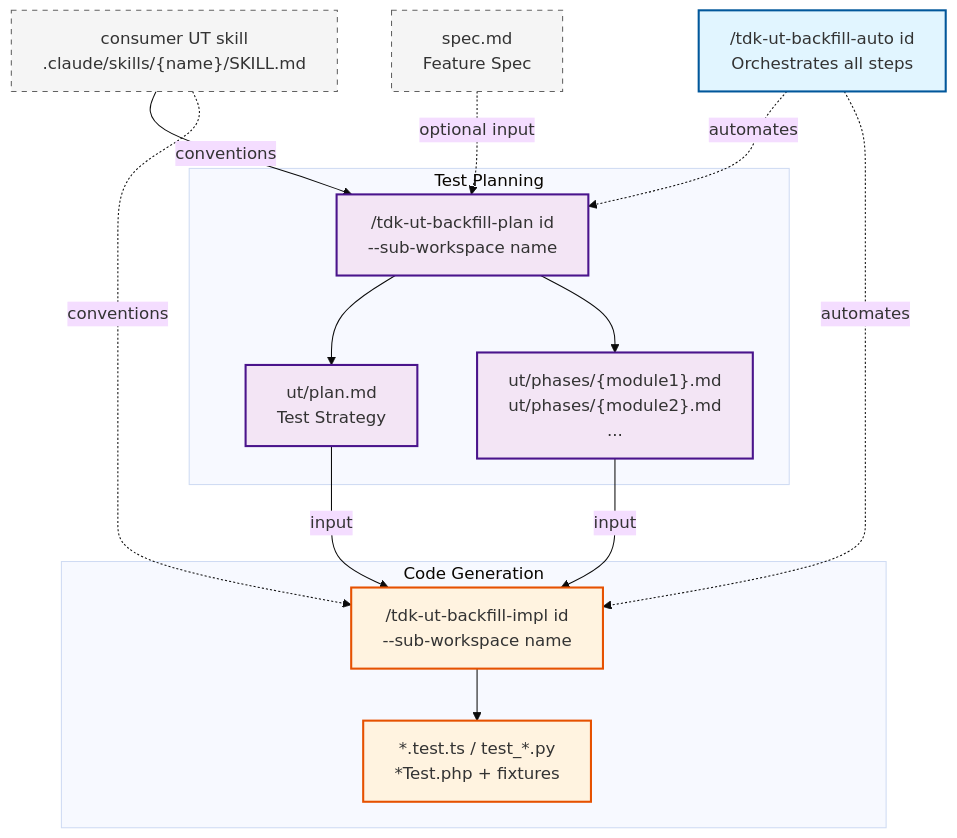
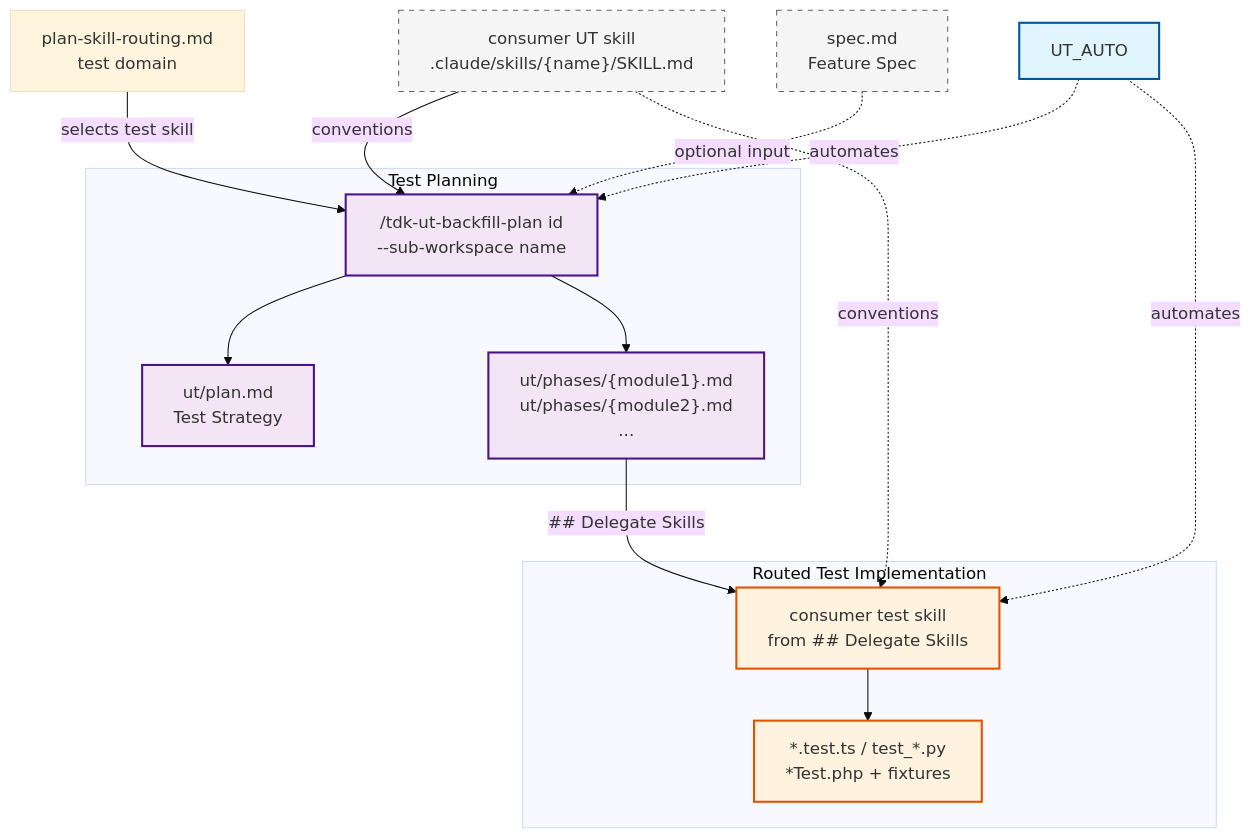
Before and after one commit to vinhltt/tdk: the fifth of 8 diagrams in .specify/docs/guides/document-flow.md, drawn with Mermaid (base theme). The commit also changed other lines of this file and 28 other files, not shown here.

````diff
--- a/.specify/docs/guides/document-flow.md
+++ b/.specify/docs/guides/document-flow.md
@@ -157,39 +157,39 @@
 ```mermaid
 flowchart TD
     SPEC_UT[spec.md<br/>Feature Spec]
     UT_SKILL["consumer UT skill<br/>.claude/skills/{name}/SKILL.md"]
 
     subgraph PLANNING_UT["Test Planning"]
         UT_PLAN_CMD["/tdk-ut-backfill-plan id<br/>--sub-workspace name"]
         UT_PLAN["ut/plan.md<br/>Test Strategy"]
         UT_PHASES["ut/phases/{module1}.md<br/>ut/phases/{module2}.md<br/>..."]
     end
 
-    subgraph GENERATION_UT["Code Generation"]
-        UT_GEN["/tdk-ut-backfill-impl id<br/>--sub-workspace name"]
+    subgraph GENERATION_UT["Routed Test Implementation"]
+        UT_GEN["consumer test skill<br/>from ## Delegate Skills"]
         TEST_FILES["*.test.ts / test_*.py<br/>*Test.php + fixtures"]
     end
 
-    UT_AUTO["/tdk-ut-backfill-auto id<br/>Orchestrates all steps"]
+    ROUTING["plan-skill-routing.md<br/>test domain"]
 
+    ROUTING -->|selects test skill| UT_PLAN_CMD
     UT_SKILL -->|conventions| UT_PLAN_CMD
     UT_PLAN_CMD --> UT_PLAN
     UT_PLAN_CMD --> UT_PHASES
-    UT_PLAN -->|input| UT_GEN
-    UT_PHASES -->|input| UT_GEN
+    UT_PHASES -->|## Delegate Skills| UT_GEN
     UT_SKILL -.->|conventions| UT_GEN
     UT_GEN --> TEST_FILES
     UT_AUTO -.->|"automates"| UT_PLAN_CMD
     UT_AUTO -.->|"automates"| UT_GEN
     SPEC_UT -.->|optional input| UT_PLAN_CMD
 
     classDef planning fill:#f3e5f5,stroke:#4a148c,stroke-width:2px
     classDef generation fill:#fff3e0,stroke:#e65100,stroke-width:2px
     classDef orchestrator fill:#e1f5ff,stroke:#01579b,stroke-width:2px
     classDef reference fill:#f5f5f5,stroke:#616161,stroke-width:1px,stroke-dasharray: 5 5
 
     class UT_PLAN_CMD,UT_PLAN,UT_PHASES planning
     class UT_GEN,TEST_FILES generation
     class UT_AUTO orchestrator
     class SPEC_UT,UT_SKILL reference
 ```
````
